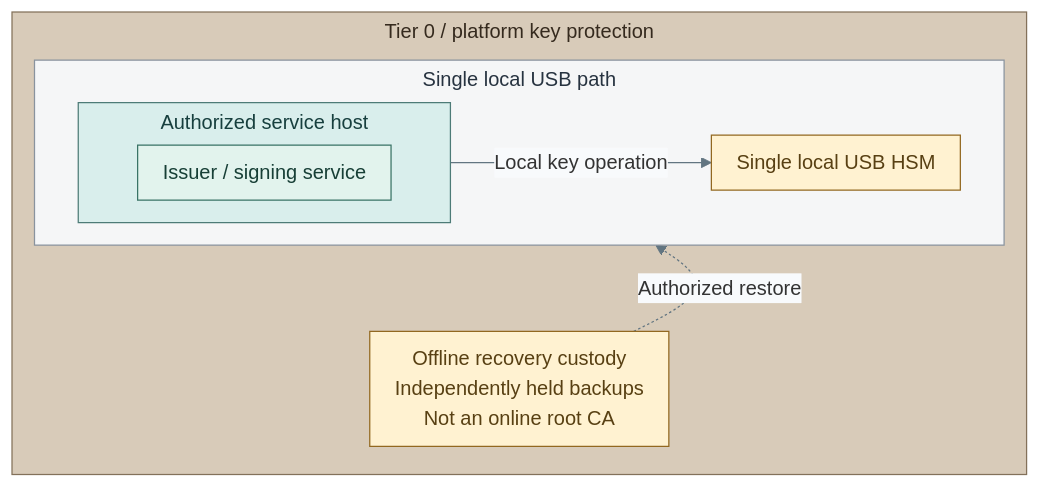
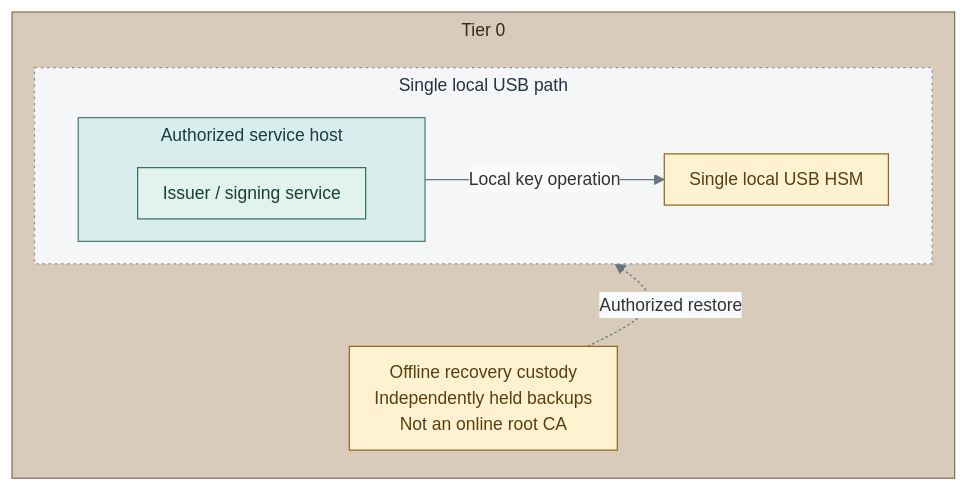
Before and after one commit to Rexus/homelab: the second of 4 diagrams in docs/01-architecture/08-cryptography/03-hsm-selection.md, drawn with Mermaid. The commit also changed other lines of this file and 124 other files, not shown here.

First line of the commit message:
fix(platform): align service diagrams and directory failover

````diff
--- a/docs/01-architecture/08-cryptography/03-hsm-selection.md
+++ b/docs/01-architecture/08-cryptography/03-hsm-selection.md
@@ -65,29 +65,29 @@
 ```mermaid
-%%{init: {"theme":"base","flowchart":{"nodeSpacing":16,"rankSpacing":20,"padding":10,"subGraphTitleMargin":{"top":4,"bottom":12}},"themeVariables":{"lineColor":"#627581","edgeLabelBackground":"#f8fafc"}}}%%
+%%{init: {"theme":"base","flowchart":{"nodeSpacing":16,"rankSpacing":20,"padding":10,"subGraphTitleMargin":{"top":4,"bottom":18}},"themeVariables":{"lineColor":"#627581","edgeLabelBackground":"#f8fafc","fontFamily":"Arial, sans-serif","fontSize":"14px"},"fontFamily":"Arial, sans-serif"}}%%
 flowchart TB
-  subgraph T0["Tier 0 / platform key protection"]
+  subgraph T0["Tier 0"]
     direction TB
     subgraph Connected["Single local USB path"]
       direction LR
       subgraph Host["Authorized service host"]
         Service["Issuer / signing service"]
       end
       Provider["Single local USB HSM"]
       Host -->|Local key operation| Provider
     end
     Recovery["Offline recovery custody<br/>Independently held backups<br/>Not an online root CA"]
     Connected ~~~ Recovery
     Recovery -. Authorized restore .-> Connected
   end
   classDef default fill:#f8fafc,stroke:#64748b,color:#1f2937
   classDef tier0 fill:#d8cbb9,stroke:#83715a,color:#352a1e
   classDef runtime fill:#d9eeec,stroke:#4d7b77,color:#173f3e
-  classDef group fill:#f5f6f7,stroke:#89939e,color:#273340
+  classDef group fill:#f5f6f7,stroke:#89939e,color:#273340,stroke-dasharray:2 3
   classDef control fill:#e2f3ed,stroke:#397366,color:#173f36
   classDef custody fill:#fff2d1,stroke:#926820,color:#584013
   class T0 tier0
   class Connected group
   class Host runtime
   class Service control
   class Provider,Recovery custody
 ```
````
